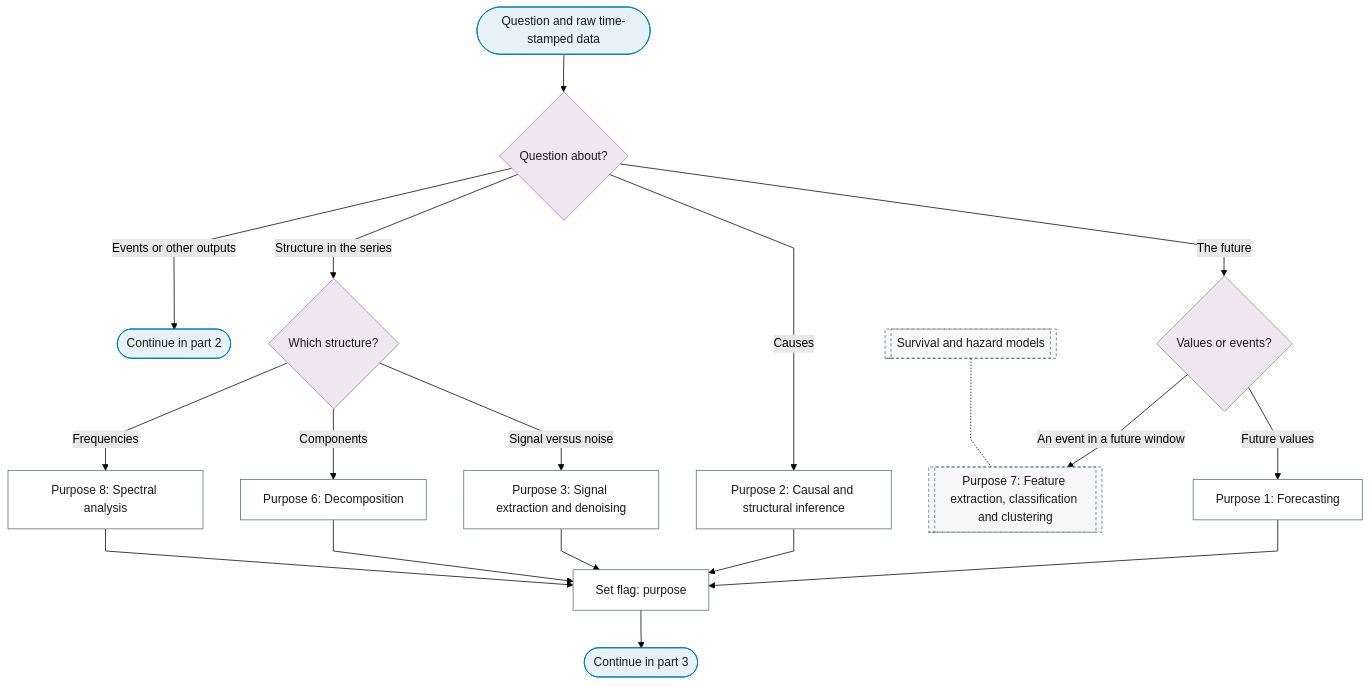
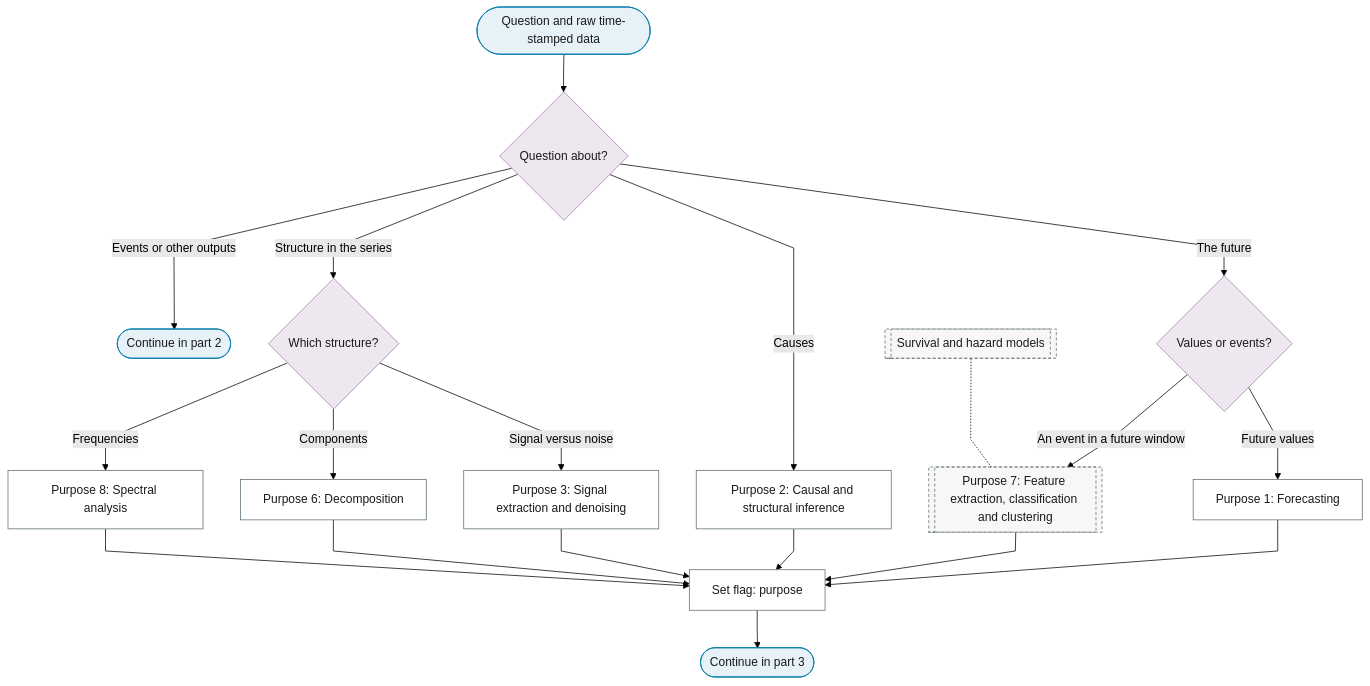
Before and after one commit to Shuxin-Y/time-series-analysis-manual: the first of 4 diagrams in docs/01-workflow/p00-purpose/index.md, drawn with Mermaid (forest theme). The commit also changed other lines of this file, not shown here.

First line of the commit message:
fix(p0): purpose-7 readers pass the purpose flag, the split unit and part 4

````diff
--- a/docs/01-workflow/p00-purpose/index.md
+++ b/docs/01-workflow/p00-purpose/index.md
@@ -16,29 +16,29 @@
 ```mermaid
 %%{init: {"flowchart": {"curve": "linear"}}}%%
 graph TD
     P0_IN(["Question and raw time-stamped data"]) --> P0_QUESTION{"Question about?"}
     P0_QUESTION -->|"The future"| P0_FUTURE{"Values or events?"}
     P0_QUESTION -->|"Causes"| P0_CAUSAL["Purpose 2: Causal and structural inference"]
     P0_QUESTION -->|"Structure in the series"| P0_STRUCTURE{"Which structure?"}
     P0_QUESTION -->|"Events or other outputs"| P0_TO_PART_2(["Continue in part 2"])
     P0_FUTURE -->|"Future values"| P0_FORECASTING["Purpose 1: Forecasting"]
     P0_FUTURE -->|"An event in a future window"| P0_FEATURES[["Purpose 7: Feature extraction, classification and clustering"]]
     P0_STRUCTURE -->|"Signal versus noise"| P0_SIGNAL["Purpose 3: Signal extraction and denoising"]
     P0_STRUCTURE -->|"Components"| P0_DECOMPOSITION["Purpose 6: Decomposition"]
     P0_STRUCTURE -->|"Frequencies"| P0_SPECTRAL["Purpose 8: Spectral analysis"]
-    P0_FORECASTING & P0_CAUSAL & P0_SIGNAL & P0_DECOMPOSITION & P0_SPECTRAL --> P0_PURPOSE_FLAG["Set flag: purpose"]
+    P0_FORECASTING & P0_CAUSAL & P0_SIGNAL & P0_DECOMPOSITION & P0_SPECTRAL & P0_FEATURES --> P0_PURPOSE_FLAG["Set flag: purpose"]
     P0_PURPOSE_FLAG --> P0_TO_PART_3(["Continue in part 3"])
     B2_SURVIVAL[["Survival and hazard models"]] -.- P0_FEATURES
     class P0_IN,P0_TO_PART_2,P0_TO_PART_3 terminator
     class P0_QUESTION,P0_FUTURE,P0_STRUCTURE decision
     class P0_FORECASTING,P0_CAUSAL,P0_SIGNAL,P0_DECOMPOSITION,P0_SPECTRAL,P0_PURPOSE_FLAG process
     class P0_FEATURES,B2_SURVIVAL ref
     classDef terminator fill:#E6F2F7,stroke:#007BA7,color:#1A1A1A;
     classDef process fill:#FFFFFF,stroke:#5A6B73,color:#1A1A1A;
     classDef decision fill:#EFE7F0,stroke:#9B7FA7,color:#1A1A1A;
     classDef data fill:#FFF4E0,stroke:#C9A55E,color:#1A1A1A;
     classDef good fill:#DCEFD8,stroke:#4A7A3F,color:#1A1A1A;
     classDef escalate fill:#FFE9C2,stroke:#C9A55E,color:#1A1A1A;
     classDef problem fill:#F2D9DE,stroke:#800020,color:#1A1A1A;
     classDef ref fill:#F7F7F7,stroke:#5A6B73,color:#1A1A1A,stroke-dasharray:4 3;
 ```
````
